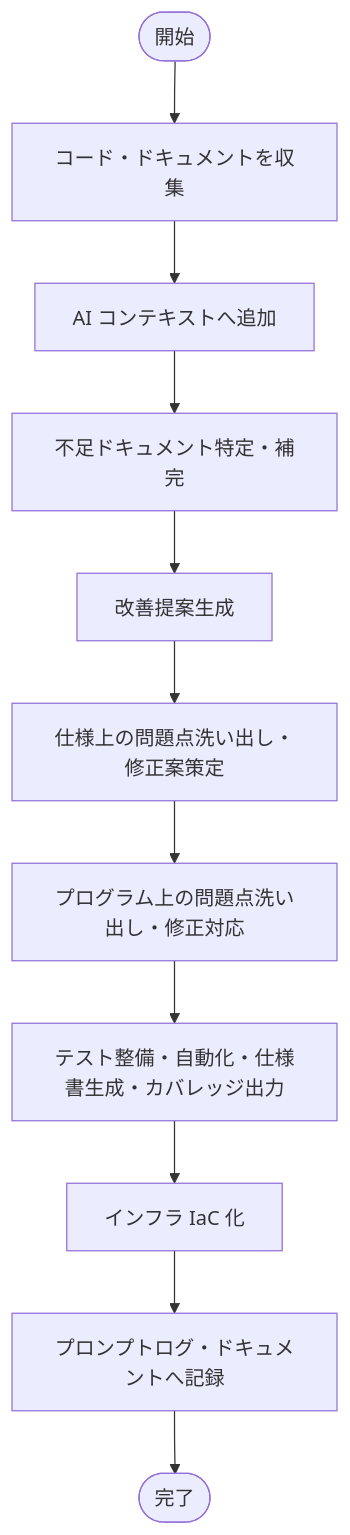
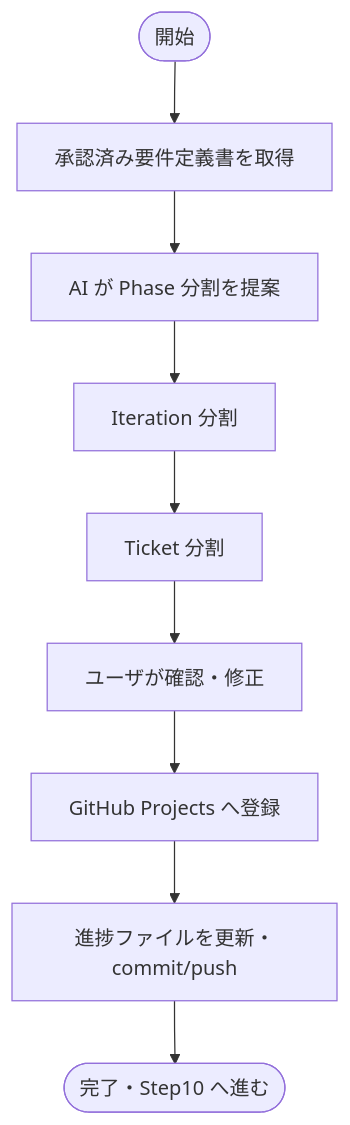
Diagram 12 of 17 in _document/002.要件定義フェーズ/001.要件定義/001-01.機能要件定義書.md (BossApe/lo-vibe), drawn with Mermaid before and after one commit. The commit also changed other lines of this file and 8 other files, not shown here.

````diff
--- a/_document/002.要件定義フェーズ/001.要件定義/001-01.機能要件定義書.md
+++ b/_document/002.要件定義フェーズ/001.要件定義/001-01.機能要件定義書.md
@@ -439,13 +483,11 @@
 ```mermaid
 flowchart TD
-    A([開始]) --> S1[コード・ドキュメントを収集]
-    S1 --> S2[AI コンテキストへ追加]
-    S2 --> S3[不足ドキュメント特定・補完]
-    S3 --> S4[改善提案生成]
-    S4 --> S5[仕様上の問題点洗い出し・修正案策定]
-    S5 --> S6[プログラム上の問題点洗い出し・修正対応]
-    S6 --> S7[テスト整備・自動化・仕様書生成・カバレッジ出力]
-    S7 --> S8[インフラ IaC 化]
-    S8 --> S9[プロンプトログ・ドキュメントへ記録]
-    S9 --> F([完了])
+    A([開始]) --> B[承認済み要件定義書を取得]
+    B --> C[AI が Phase 分割を提案]
+    C --> D[Iteration 分割]
+    D --> E[Ticket 分割]
+    E --> F[ユーザが確認・修正]
+    F --> G[GitHub Projects へ登録]
+    G --> H[進捗ファイルを更新・commit/push]
+    H --> I([完了・Step10 へ進む])
 ```
````
